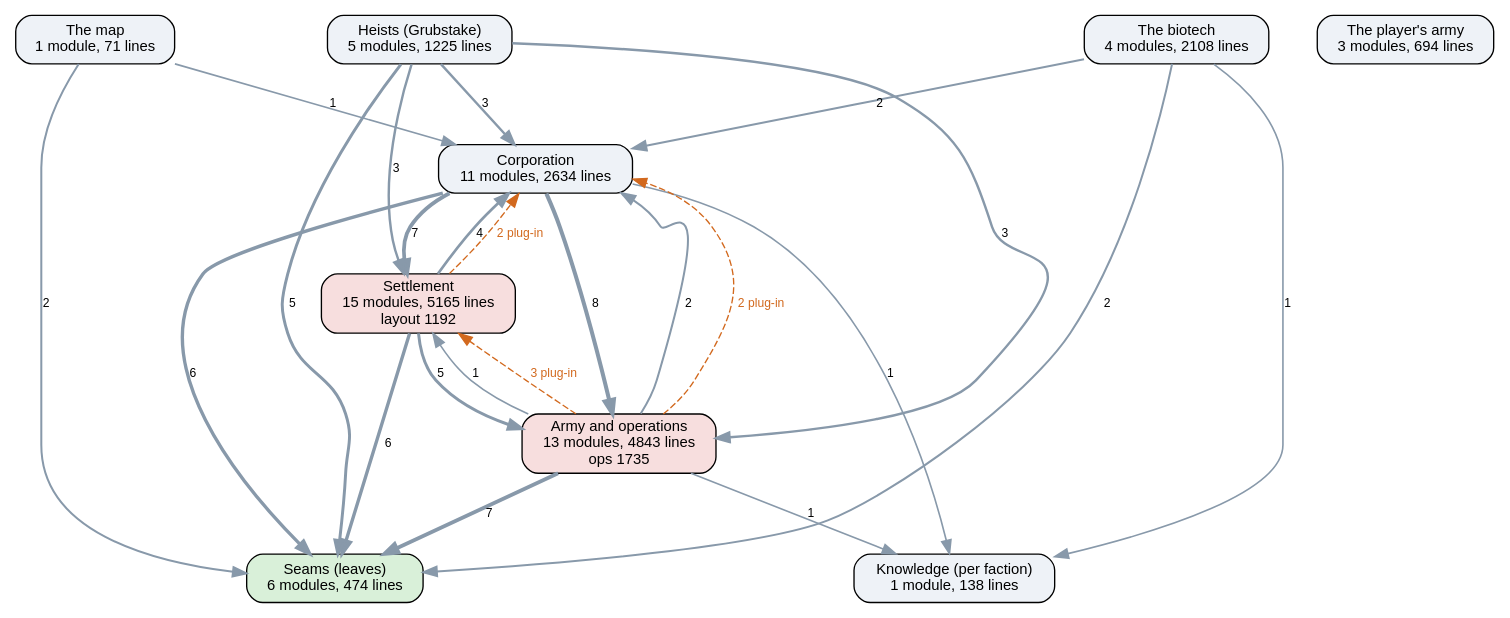
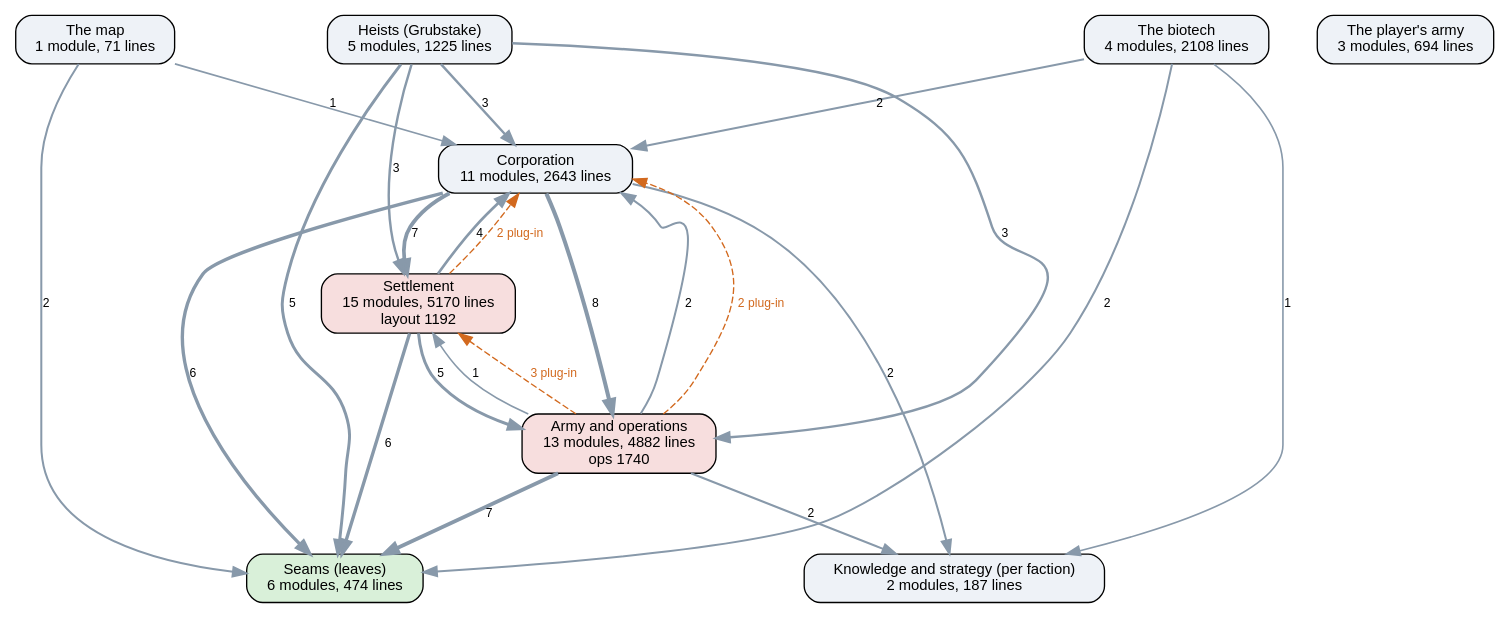
One commit to kinelhu/landing-party changed the diagram in docs/ai-layers.dot. Above: the diagram before and after it, drawn with Graphviz. The commit also changed 143 other files, not shown here.

```diff
--- a/docs/ai-layers.dot
+++ b/docs/ai-layers.dot
@@ -1,37 +1,37 @@
 digraph layers {
   graph [rankdir=TB, fontname="Helvetica", nodesep=0.5, ranksep=0.7];
   node [shape=box, style="rounded,filled", fontname="Helvetica", fontsize=11, fillcolor="#eef2f7"];
   edge [color="#8899aa", fontname="Helvetica", fontsize=9];
   "Seams (leaves)" [label="Seams (leaves)\n6 modules, 474 lines", fillcolor="#d9f0d9"];
-  "Knowledge (per faction)" [label="Knowledge (per faction)\n1 module, 138 lines", fillcolor="#eef2f7"];
-  "Corporation" [label="Corporation\n11 modules, 2634 lines", fillcolor="#eef2f7"];
-  "Settlement" [label="Settlement\n15 modules, 5165 lines\nlayout 1192", fillcolor="#f7dede"];
-  "Army and operations" [label="Army and operations\n13 modules, 4843 lines\nops 1735", fillcolor="#f7dede"];
+  "Knowledge and strategy (per faction)" [label="Knowledge and strategy (per faction)\n2 modules, 187 lines", fillcolor="#eef2f7"];
+  "Corporation" [label="Corporation\n11 modules, 2643 lines", fillcolor="#eef2f7"];
+  "Settlement" [label="Settlement\n15 modules, 5170 lines\nlayout 1192", fillcolor="#f7dede"];
+  "Army and operations" [label="Army and operations\n13 modules, 4882 lines\nops 1740", fillcolor="#f7dede"];
   "Heists (Grubstake)" [label="Heists (Grubstake)\n5 modules, 1225 lines", fillcolor="#eef2f7"];
   "The biotech" [label="The biotech\n4 modules, 2108 lines", fillcolor="#eef2f7"];
   "The map" [label="The map\n1 module, 71 lines", fillcolor="#eef2f7"];
   "The player's army" [label="The player's army\n3 modules, 694 lines", fillcolor="#eef2f7"];
   "Army and operations" -> "Corporation" [label="2", penwidth=1.5];
-  "Army and operations" -> "Knowledge (per faction)" [label="1", penwidth=1.2];
+  "Army and operations" -> "Knowledge and strategy (per faction)" [label="2", penwidth=1.5];
   "Army and operations" -> "Seams (leaves)" [label="7", penwidth=2.8];
   "Army and operations" -> "Settlement" [label="1", penwidth=1.2];
   "Corporation" -> "Army and operations" [label="8", penwidth=3.0];
-  "Corporation" -> "Knowledge (per faction)" [label="1", penwidth=1.2];
+  "Corporation" -> "Knowledge and strategy (per faction)" [label="2", penwidth=1.5];
   "Corporation" -> "Seams (leaves)" [label="6", penwidth=2.5];
   "Corporation" -> "Settlement" [label="7", penwidth=2.8];
   "Heists (Grubstake)" -> "Army and operations" [label="3", penwidth=1.8];
   "Heists (Grubstake)" -> "Corporation" [label="3", penwidth=1.8];
   "Heists (Grubstake)" -> "Seams (leaves)" [label="5", penwidth=2.2];
   "Heists (Grubstake)" -> "Settlement" [label="3", penwidth=1.8];
   "Settlement" -> "Army and operations" [label="5", penwidth=2.2];
   "Settlement" -> "Corporation" [label="4", penwidth=2.0];
   "Settlement" -> "Seams (leaves)" [label="6", penwidth=2.5];
   "The biotech" -> "Corporation" [label="2", penwidth=1.5];
-  "The biotech" -> "Knowledge (per faction)" [label="1", penwidth=1.2];
+  "The biotech" -> "Knowledge and strategy (per faction)" [label="1", penwidth=1.2];
   "The biotech" -> "Seams (leaves)" [label="2", penwidth=1.5];
   "The map" -> "Corporation" [label="1", penwidth=1.2];
   "The map" -> "Seams (leaves)" [label="2", penwidth=1.5];
   "Army and operations" -> "Corporation" [style=dashed, color="#d2691e", fontcolor="#d2691e", label="2 plug-in"];
   "Army and operations" -> "Settlement" [style=dashed, color="#d2691e", fontcolor="#d2691e", label="3 plug-in"];
   "Settlement" -> "Corporation" [style=dashed, color="#d2691e", fontcolor="#d2691e", label="2 plug-in"];
 }
```
